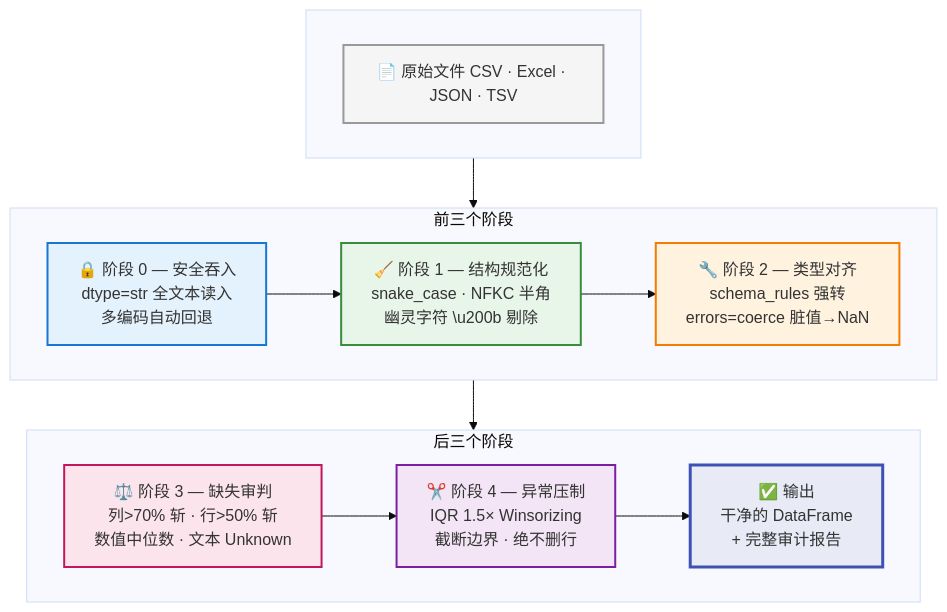
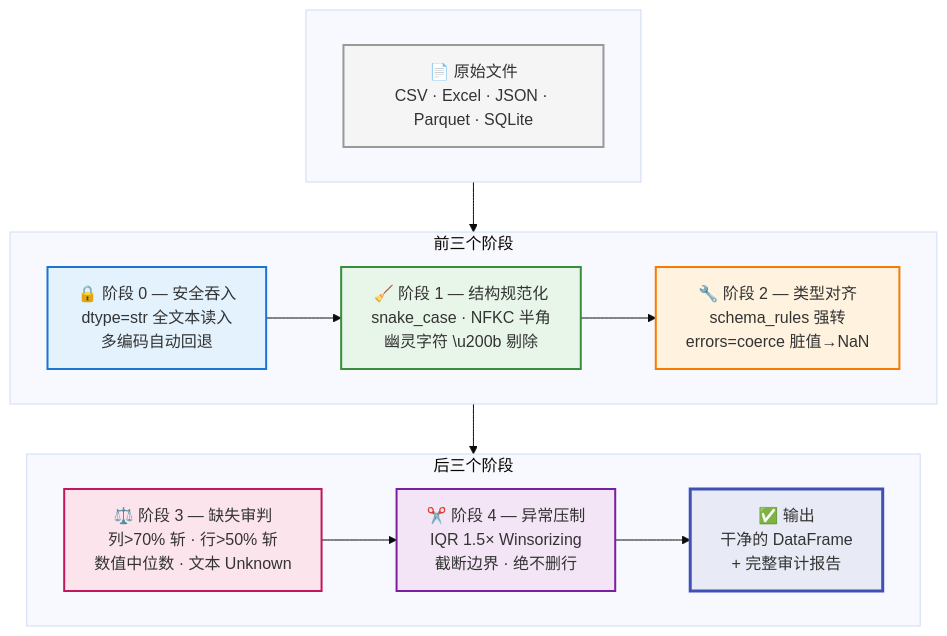
Before and after one commit to lytssaa/data-cleaning-skill: the diagram in README.md, drawn with Mermaid (base theme).

Commit message:
docs: README 更新格式列表 (Parquet + SQLite)

````diff
--- a/README.md
+++ b/README.md
@@ -100,29 +100,29 @@
 ```mermaid
 flowchart TB
     subgraph title[" "]
         direction LR
-        T["📄 原始文件 CSV · Excel · JSON · TSV"]
+        T["📄 原始文件<br/>CSV · Excel · JSON · Parquet · SQLite"]
     end
 
     subgraph row1["前三个阶段"]
         direction LR
         B["🔒 阶段 0 — 安全吞入<br/>dtype=str 全文本读入<br/>多编码自动回退"] --> C["🧹 阶段 1 — 结构规范化<br/>snake_case · NFKC 半角<br/>幽灵字符 \u200b 剔除"]
         C --> D["🔧 阶段 2 — 类型对齐<br/>schema_rules 强转<br/>errors=coerce 脏值→NaN"]
     end
 
     subgraph row2["后三个阶段"]
         direction LR
         E["⚖️ 阶段 3 — 缺失审判<br/>列>70% 斩 · 行>50% 斩<br/>数值中位数 · 文本 Unknown"] --> F["✂️ 阶段 4 — 异常压制<br/>IQR 1.5× Winsorizing<br/>截断边界 · 绝不删行"]
         F --> G["✅ 输出<br/>干净的 DataFrame<br/>+ 完整审计报告"]
     end
 
     title --> row1 --> row2
 
     style T fill:#f5f5f5,stroke:#999,stroke-width:2px
     style B fill:#e3f2fd,stroke:#1976d2,stroke-width:2px
     style C fill:#e8f5e9,stroke:#388e3c,stroke-width:2px
     style D fill:#fff3e0,stroke:#f57c00,stroke-width:2px
     style E fill:#fce4ec,stroke:#c2185b,stroke-width:2px
     style F fill:#f3e5f5,stroke:#7b1fa2,stroke-width:2px
     style G fill:#e8eaf6,stroke:#3f51b5,stroke-width:3px
 ```
````
